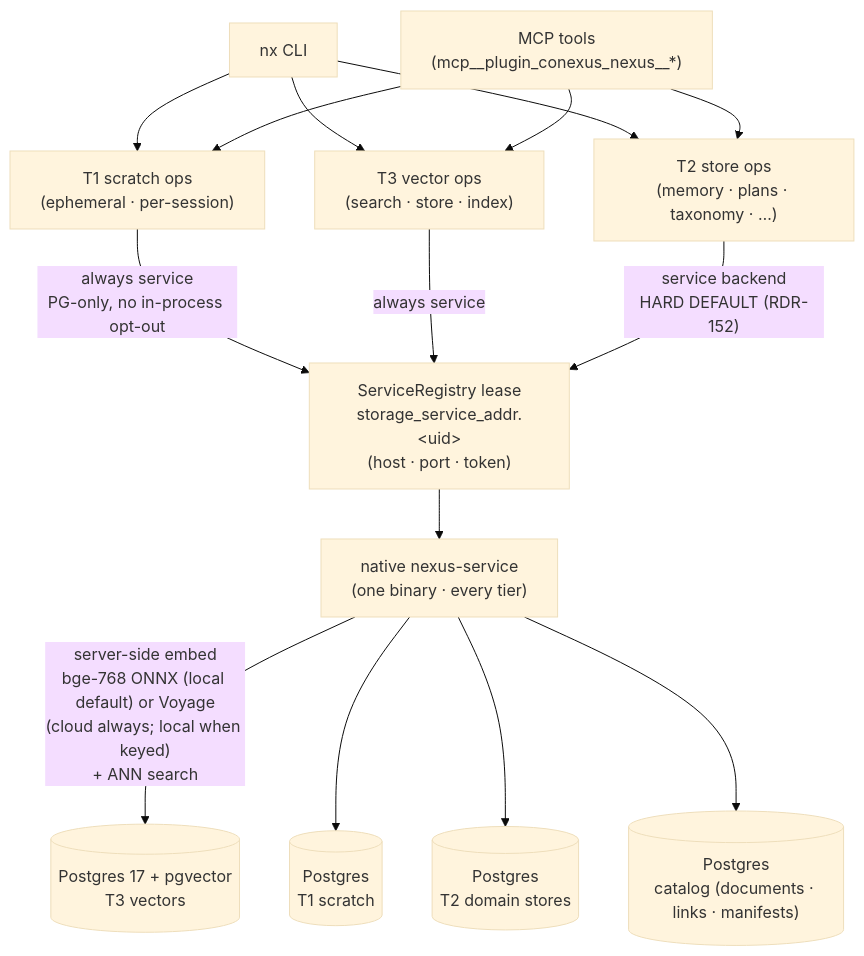
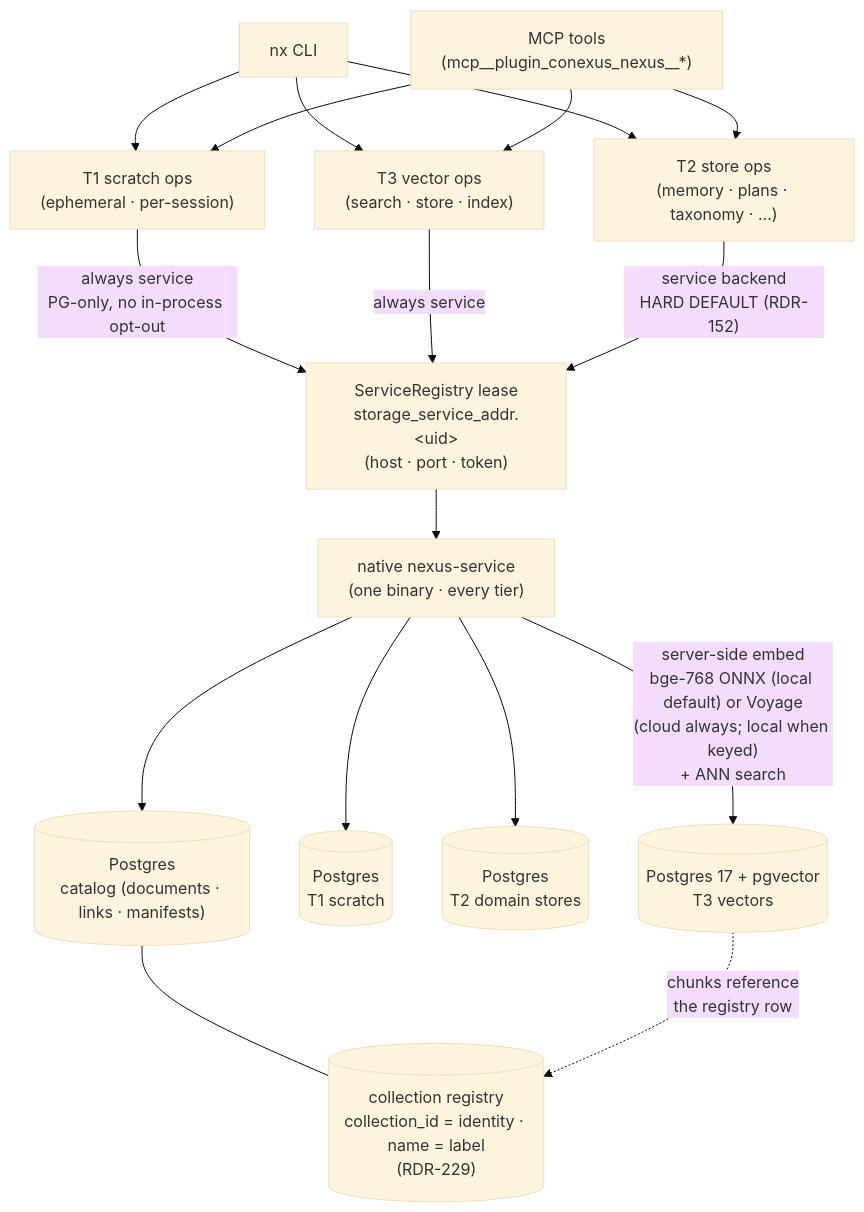
Before and after one commit to Hellblazer/nexus: the diagram in docs/storage-tiers.md, drawn with Mermaid (base theme). The commit also changed 3 other files, not shown here.

First line of the commit message:
docs(architecture): the collection-identity section (RDR-229), the typed-reason list, and the wrong labels in the diagram and ASCII map

````diff
--- a/docs/storage-tiers.md
+++ b/docs/storage-tiers.md
@@ -22,30 +22,32 @@
 ```mermaid
 flowchart TD
   CLI["nx CLI"]
   MCP["MCP tools<br/>(mcp__plugin_conexus_nexus__*)"]
 
   CLI --> T1OPS
   MCP --> T1OPS
   CLI --> T3OPS
   MCP --> T3OPS
   CLI --> T2OPS
   MCP --> T2OPS
 
   T1OPS["T1 scratch ops<br/>(ephemeral · per-session)"]
   T3OPS["T3 vector ops<br/>(search · store · index)"]
   T2OPS["T2 store ops<br/>(memory · plans · taxonomy · …)"]
 
   T1OPS -->|"always service<br/>PG-only, no in-process opt-out"| REG
   T3OPS -->|"always service"| REG
   T2OPS -->|"service backend<br/>HARD DEFAULT (RDR-152)"| REG
 
   REG["ServiceRegistry lease<br/>storage_service_addr.&lt;uid&gt;<br/>(host · port · token)"]
   REG --> SVC
 
   SVC["native nexus-service<br/>(one binary · every tier)"]
   SVC -->|"server-side embed<br/>bge-768 ONNX (local default) or Voyage<br/>(cloud always; local when keyed)<br/>+ ANN search"| PG[("Postgres 17 + pgvector<br/>T3 vectors")]
   SVC --> PGT1[("Postgres<br/>T1 scratch")]
   SVC --> PGT2[("Postgres<br/>T2 domain stores")]
 
   SVC --> CAT[("Postgres<br/>catalog (documents · links · manifests)")]
+  CAT --- COLREG[("collection registry<br/>collection_id = identity · name = label<br/>(RDR-229)")]
+  PG -. "chunks reference<br/>the registry row" .-> COLREG
 ```
````
